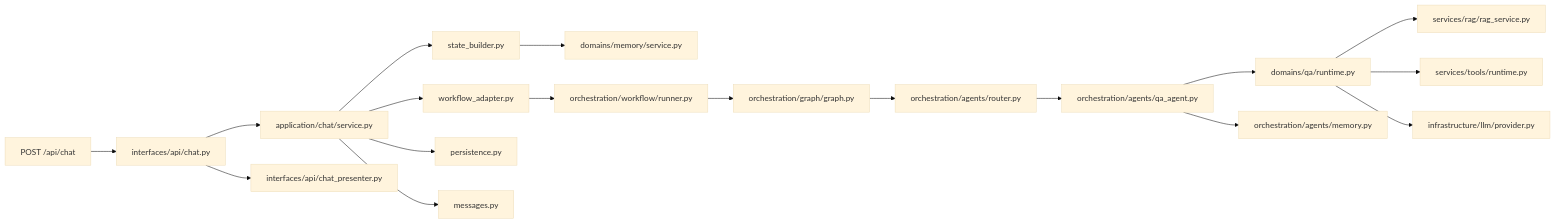
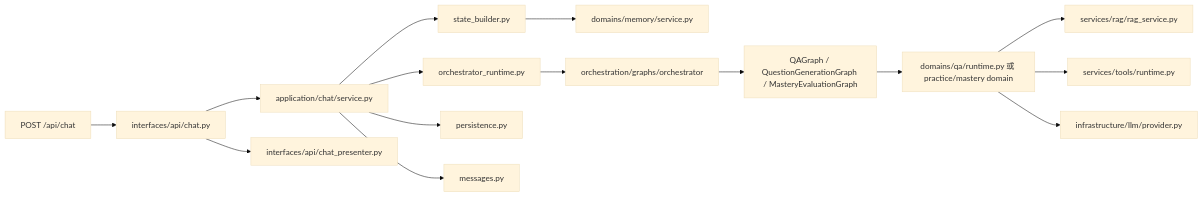
Before and after one commit to Xiaomuw/Learning-assistant: the second of 3 diagrams in docs/backend-maintenance-guide.md, drawn with Mermaid (base theme). The commit also changed other lines of this file and 64 other files, not shown here.

Commit message:
chore: sync langgraph/orchestrator hardening, RAG and practice enhancements

````diff
--- a/docs/backend-maintenance-guide.md
+++ b/docs/backend-maintenance-guide.md
@@ -200,20 +200,17 @@
 ```mermaid
 flowchart LR
     A["POST /api/chat"] --> B["interfaces/api/chat.py"]
     B --> C["application/chat/service.py"]
     B --> P["interfaces/api/chat_presenter.py"]
     C --> C1["state_builder.py"]
-    C --> C2["workflow_adapter.py"]
+    C --> C2["orchestrator_runtime.py"]
     C --> C3["persistence.py"]
     C --> C4["messages.py"]
     C1 --> D["domains/memory/service.py"]
-    C2 --> E["orchestration/workflow/runner.py"]
-    E --> F["orchestration/graph/graph.py"]
-    F --> G["orchestration/agents/router.py"]
-    G --> H["orchestration/agents/qa_agent.py"]
-    H --> I["domains/qa/runtime.py"]
+    C2 --> E["orchestration/graphs/orchestrator"]
+    E --> H["QAGraph / QuestionGenerationGraph / MasteryEvaluationGraph"]
+    H --> I["domains/qa/runtime.py 或 practice/mastery domain"]
     I --> J["services/rag/rag_service.py"]
     I --> K["services/tools/runtime.py"]
     I --> L["infrastructure/llm/provider.py"]
-    H --> M["orchestration/agents/memory.py"]
 ```
````
